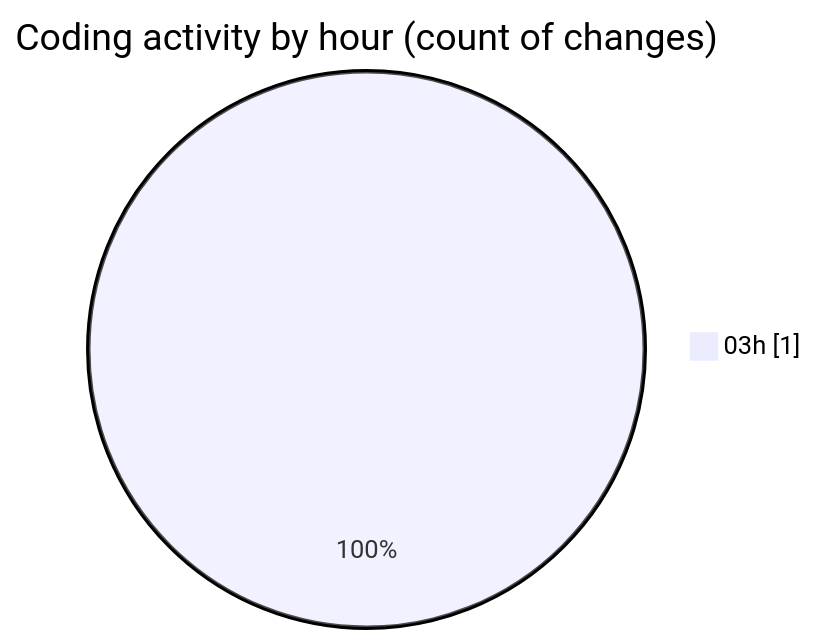
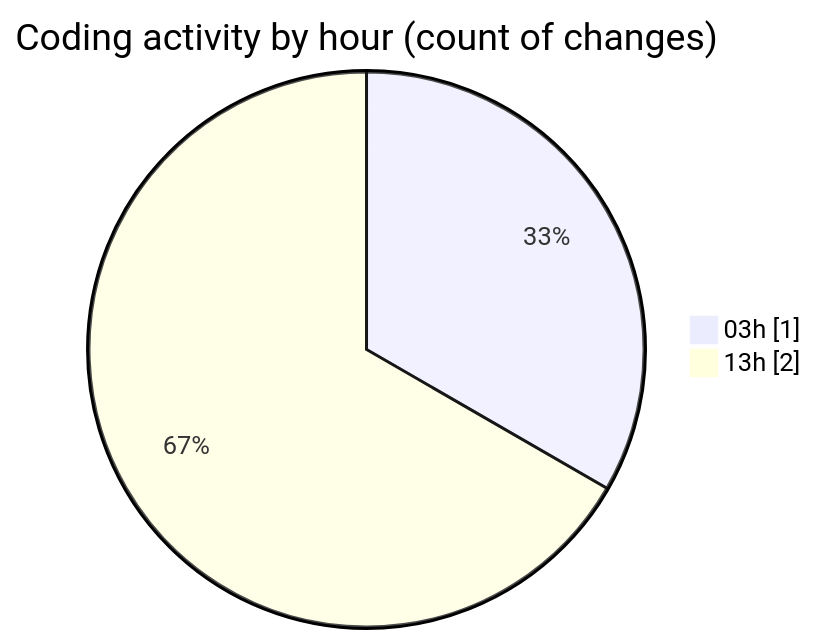
The second of 2 diagrams in 2025-08-26/data/README.md (Netris89/code-tracking), drawn with Mermaid before and after one commit. The commit also changed other lines of this file and 1 other file, not shown here.

````diff
--- a/2025-08-26/data/README.md
+++ b/2025-08-26/data/README.md
@@ -28,5 +28,6 @@
 ```mermaid
 pie showData
 title Coding activity by hour (count of changes)
 "03h" : 1
+"13h" : 2
 ```
````
